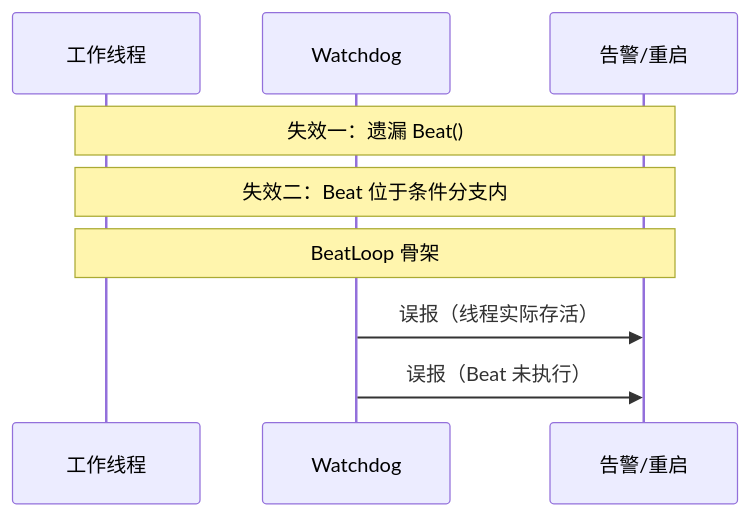
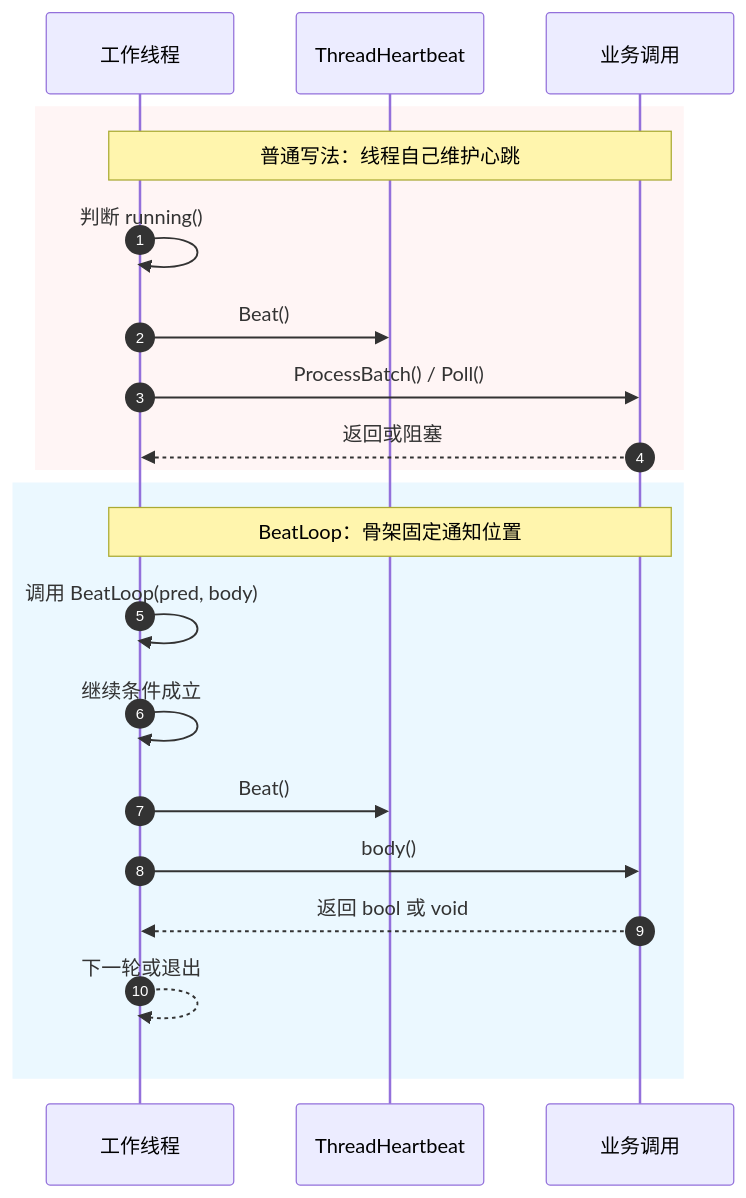
Before and after one commit to DeguiLiu/tech-notes: the first of 3 diagrams in content/posts/pattern/compile_time_aop_invariants.md, drawn with Mermaid. The commit also changed other lines of this file and 3 other files, not shown here.

````diff
--- a/content/posts/pattern/compile_time_aop_invariants.md
+++ b/content/posts/pattern/compile_time_aop_invariants.md
@@ -39,11 +118,25 @@
 ```mermaid
 sequenceDiagram
-    participant P0 as 工作线程
-    participant P1 as Watchdog
-    participant P2 as 告警/重启
-    Note over P0,P2: 失效一：遗漏 Beat()
-    Note over P0,P2: 失效二：Beat 位于条件分支内
-    Note over P0,P2: BeatLoop 骨架
-    P1->>P2: 误报（线程实际存活）
-    P1->>P2: 误报（Beat 未执行）
+    autonumber
+    participant T as 工作线程
+    participant H as ThreadHeartbeat
+    participant B as 业务调用
+
+    rect rgb(255, 245, 245)
+        Note over T,B: 普通写法：线程自己维护心跳
+        T->>T: 判断 running()
+        T->>H: Beat()
+        T->>B: ProcessBatch() / Poll()
+        B-->>T: 返回或阻塞
+    end
+
+    rect rgb(235, 248, 255)
+        Note over T,B: BeatLoop：骨架固定通知位置
+        T->>T: 调用 BeatLoop(pred, body)
+        T->>T: 继续条件成立
+        T->>H: Beat()
+        T->>B: body()
+        B-->>T: 返回 bool 或 void
+        T-->>T: 下一轮或退出
+    end
 ```
````
